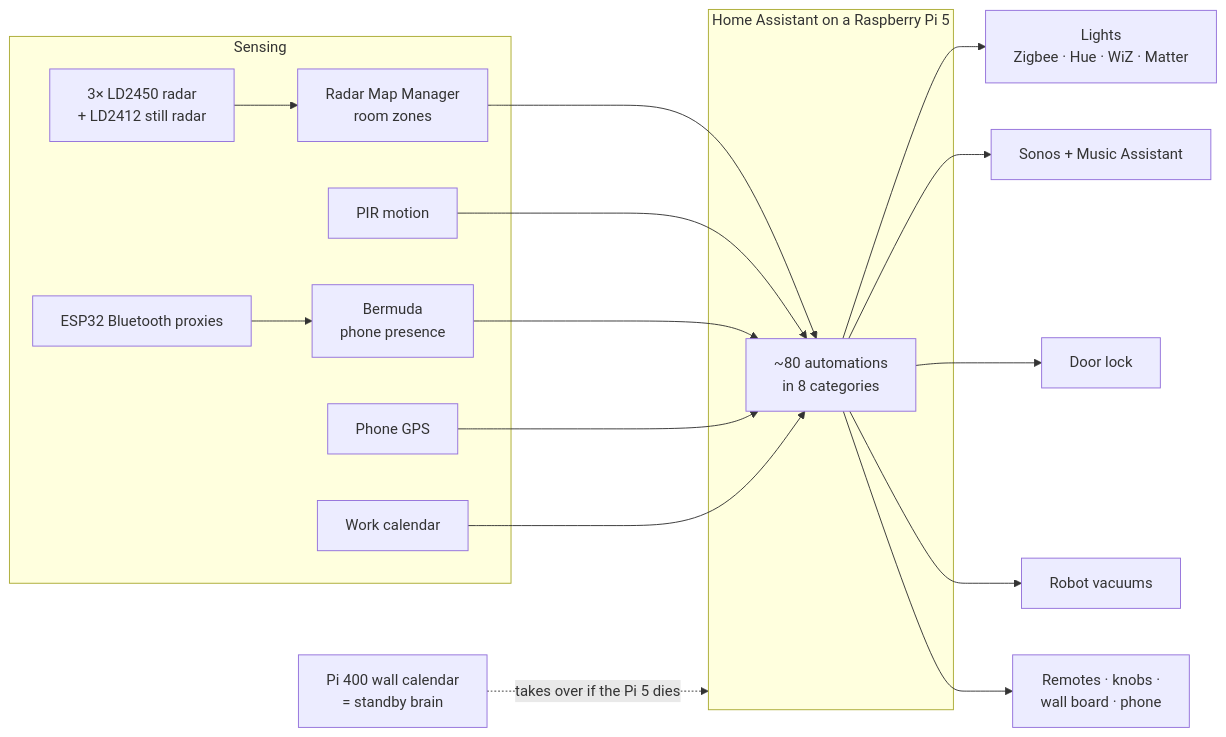
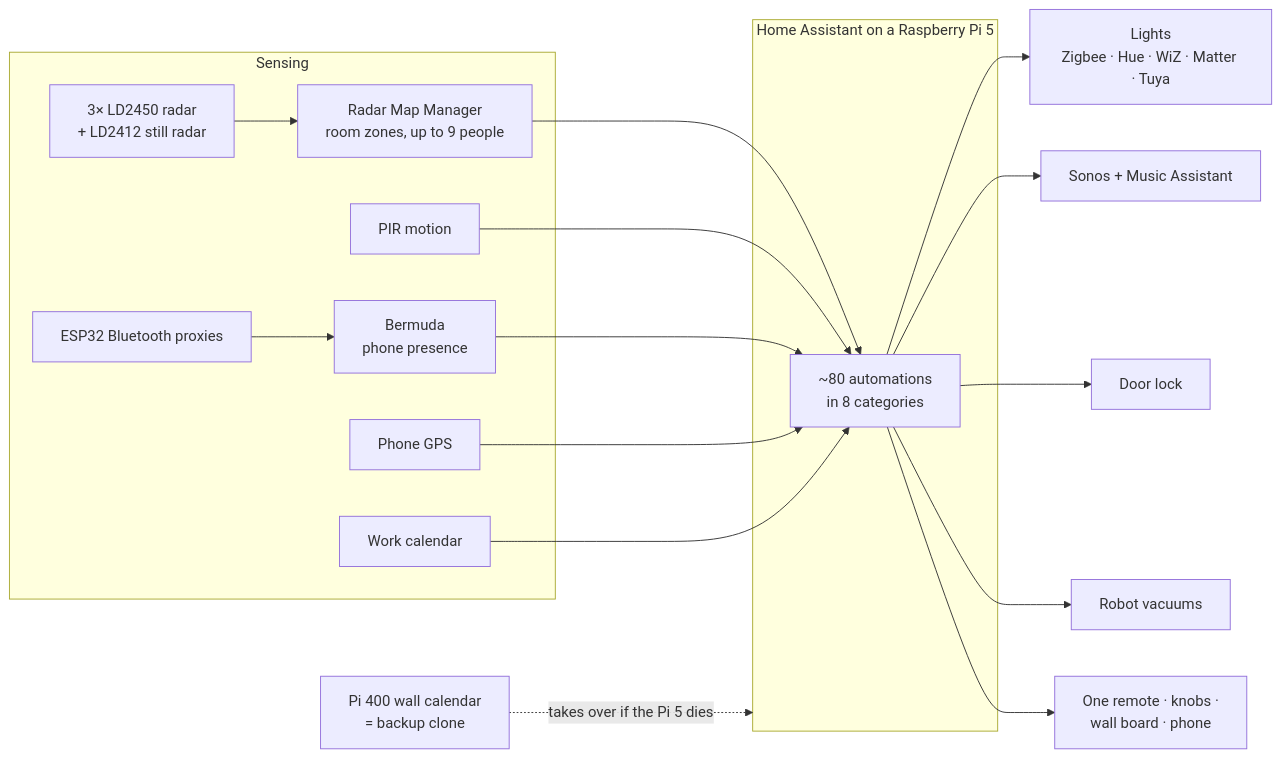
Before and after one commit to baes-cloud/baes-cloud-home: the diagram in README.md, drawn with Mermaid. The commit also changed other lines of this file and 19 other files, not shown here.

First line of the commit message:
Rebrand as baes-cloud-home: palette infographic, one remote, BæoRemote, new night path

````diff
--- a/README.md
+++ b/README.md
@@ -83,24 +94,24 @@
 ```mermaid
 flowchart LR
   subgraph Sense[Sensing]
-    Radar[3× LD2450 radar<br/>+ LD2412 still radar] --> RMM[Radar Map Manager<br/>room zones]
+    Radar[3× LD2450 radar<br/>+ LD2412 still radar] --> RMM[Radar Map Manager<br/>room zones, up to 9 people]
     PIR[PIR motion]
     BLE[ESP32 Bluetooth proxies] --> Bermuda[Bermuda<br/>phone presence]
     GPS[Phone GPS]
     Cal[Work calendar]
   end
   subgraph Brain[Home Assistant on a Raspberry Pi 5]
     Auto[~80 automations<br/>in 8 categories]
   end
   RMM --> Auto
   PIR --> Auto
   Bermuda --> Auto
   GPS --> Auto
   Cal --> Auto
-  Auto --> Lights[Lights<br/>Zigbee · Hue · WiZ · Matter]
+  Auto --> Lights[Lights<br/>Zigbee · Hue · WiZ · Matter · Tuya]
   Auto --> Sonos[Sonos + Music Assistant]
   Auto --> Door[Door lock]
   Auto --> Robots[Robot vacuums]
-  Auto --> Screens[Remotes · knobs ·<br/>wall board · phone]
-  Standby[Pi 400 wall calendar<br/>= standby brain] -. takes over if the Pi 5 dies .-> Brain
+  Auto --> Screens[One remote · knobs ·<br/>wall board · phone]
+  Standby[Pi 400 wall calendar<br/>= backup clone] -. takes over if the Pi 5 dies .-> Brain
 ```
````
